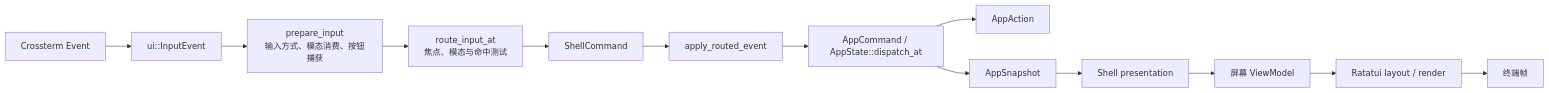
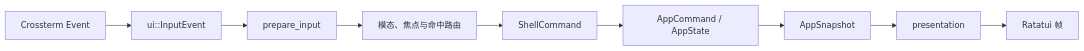
Before and after one commit to peixuanthomas/TundraUX3: the second of 2 diagrams in crates/shell/docs/session.md, drawn with Mermaid. The commit also changed other lines of this file and 6 other files, not shown here.

````diff
--- a/crates/shell/docs/session.md
+++ b/crates/shell/docs/session.md
@@ -42,15 +38,11 @@
 ```mermaid
 flowchart LR
-    A["Crossterm Event"] --> B["ui::InputEvent"]
-    B --> P["prepare_input<br/>输入方式、模态消费、按钮捕获"]
-    P --> C["route_input_at<br/>焦点、模态与命中测试"]
-    C --> D["ShellCommand"]
-    D --> E["apply_routed_event"]
-    E --> F["AppCommand / AppState::dispatch_at"]
-    F --> G["AppAction"]
-    F --> H["AppSnapshot"]
-    H --> I["Shell presentation"]
-    I --> J["屏幕 ViewModel"]
-    J --> K["Ratatui layout / render"]
-    K --> L["终端帧"]
+    A[Crossterm Event] --> B[ui::InputEvent]
+    B --> C[prepare_input]
+    C --> D[模态、焦点与命中路由]
+    D --> E[ShellCommand]
+    E --> F[AppCommand / AppState]
+    F --> G[AppSnapshot]
+    G --> H[presentation]
+    H --> I[Ratatui 帧]
 ```
````
